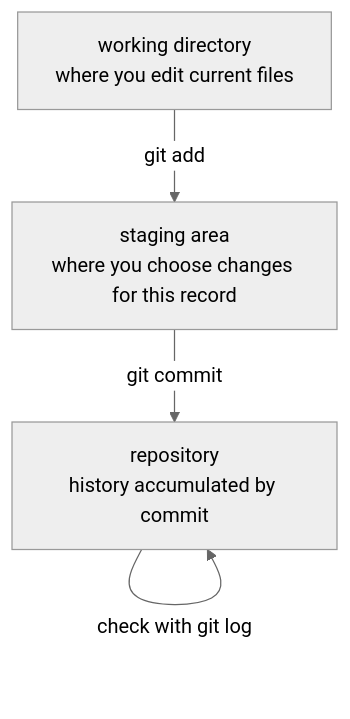
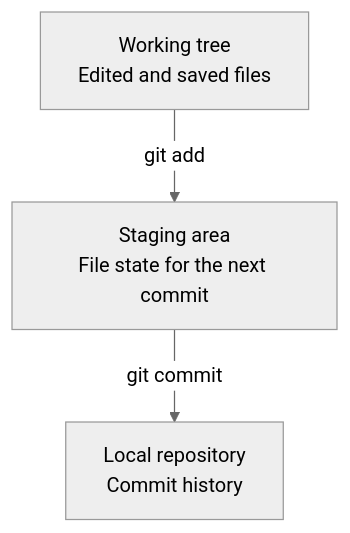
Before and after one commit to devchan64/AiBook: the diagram in docs/assets/part-02/chapter-14/git-three-areas-flow-en.mmd, drawn with Mermaid (neutral theme). The commit also changed 16 other files, not shown here.

```diff
--- a/docs/assets/part-02/chapter-14/git-three-areas-flow-en.mmd
+++ b/docs/assets/part-02/chapter-14/git-three-areas-flow-en.mmd
@@ -1,8 +1,7 @@
 flowchart TD
-  A["working directory<br/>where you edit current files"]
-  B["staging area<br/>where you choose changes for this record"]
-  C["repository<br/>history accumulated by commit"]
+  A["Working tree<br/>Edited and saved files"]
+  B["Staging area<br/>File state for the next commit"]
+  C["Local repository<br/>Commit history"]
 
   A -->|"git add"| B
   B -->|"git commit"| C
-  C -->|"check with git log"| C
```
